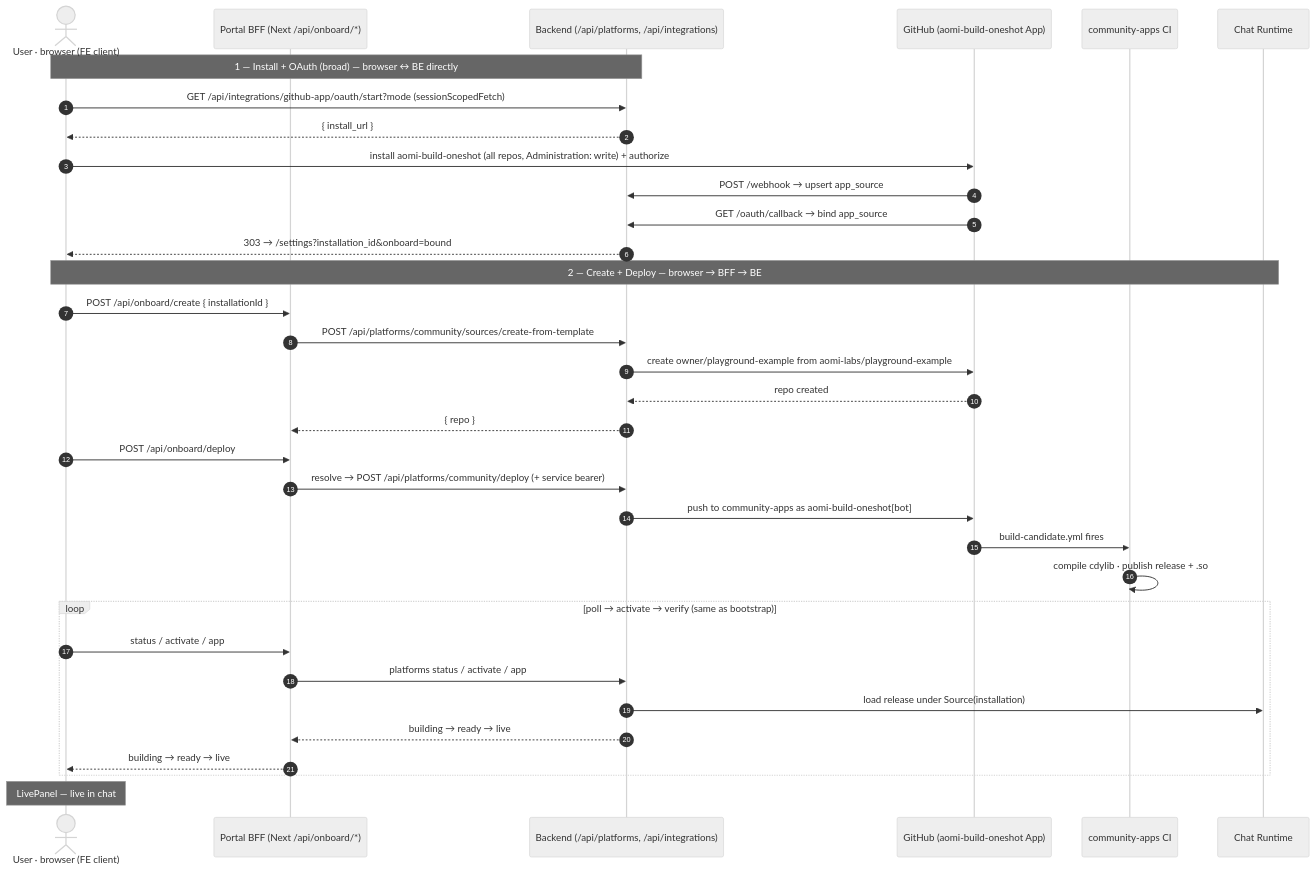
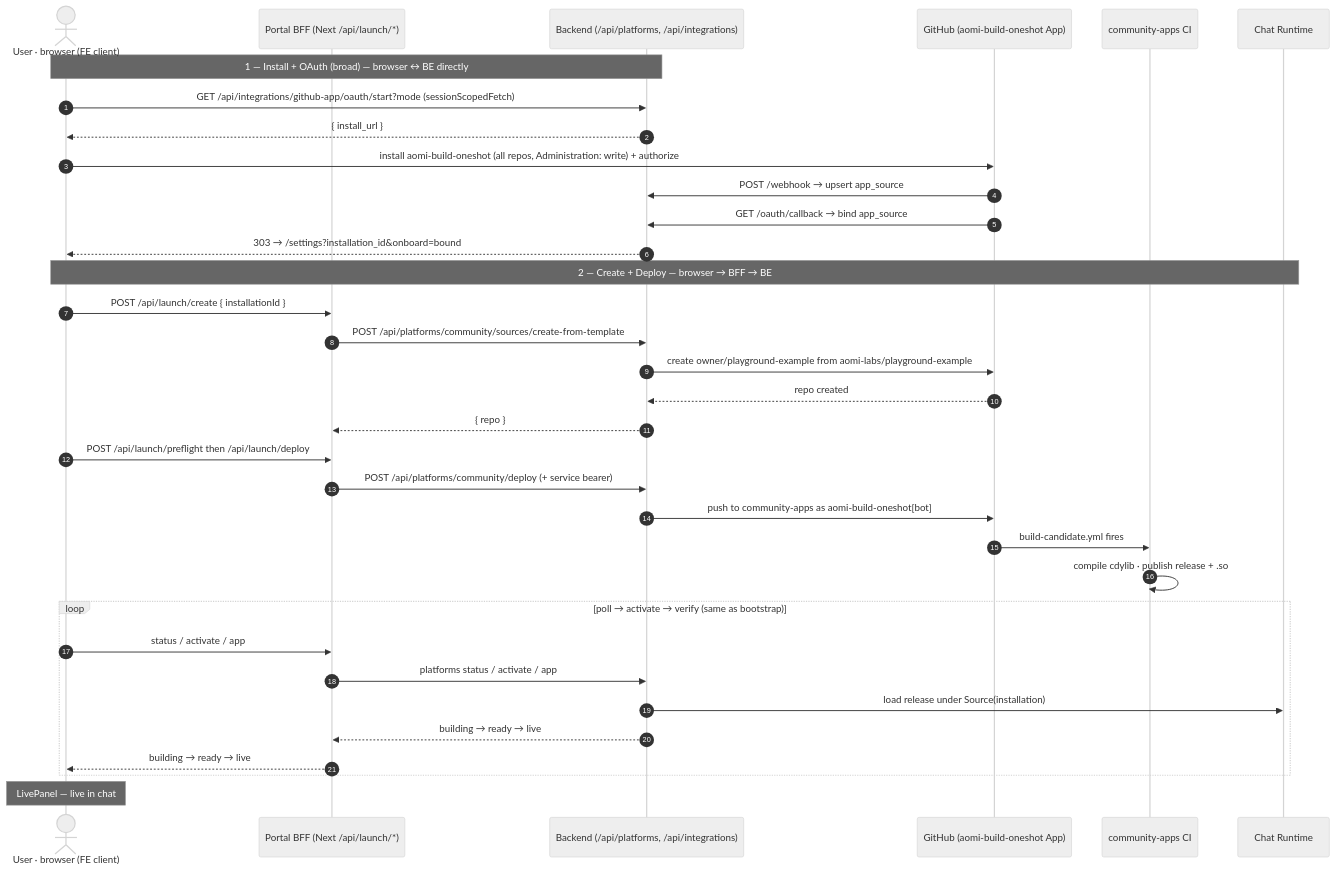
Before and after one commit to aomi-labs/aomi-widget: the third of 3 diagrams in docs/fe-deploy.md, drawn with Mermaid (neutral theme). The commit also changed other lines of this file and 8 other files, not shown here.

````diff
--- a/docs/fe-deploy.md
+++ b/docs/fe-deploy.md
@@ -154,38 +158,38 @@
 ```mermaid
 sequenceDiagram
     autonumber
     actor U as User · browser (FE client)
-    participant BFF as Portal BFF (Next /api/onboard/*)
+    participant BFF as Portal BFF (Next /api/launch/*)
     participant BE as Backend (/api/platforms, /api/integrations)
     participant GH as GitHub (aomi-build-oneshot App)
     participant CA as community-apps CI
     participant RT as Chat Runtime
 
     Note over U,BE: 1 — Install + OAuth (broad) — browser ↔ BE directly
     U->>BE: GET /api/integrations/github-app/oauth/start?mode (sessionScopedFetch)
     BE-->>U: { install_url }
     U->>GH: install aomi-build-oneshot (all repos, Administration: write) + authorize
     GH->>BE: POST /webhook → upsert app_source
     GH->>BE: GET /oauth/callback → bind app_source
     BE-->>U: 303 → /settings?installation_id&onboard=bound
 
     Note over U,RT: 2 — Create + Deploy — browser → BFF → BE
-    U->>BFF: POST /api/onboard/create { installationId }
+    U->>BFF: POST /api/launch/create { installationId }
     BFF->>BE: POST /api/platforms/community/sources/create-from-template
     BE->>GH: create owner/playground-example from aomi-labs/playground-example
     GH-->>BE: repo created
     BE-->>BFF: { repo }
-    U->>BFF: POST /api/onboard/deploy
-    BFF->>BE: resolve → POST /api/platforms/community/deploy (+ service bearer)
+    U->>BFF: POST /api/launch/preflight then /api/launch/deploy
+    BFF->>BE: POST /api/platforms/community/deploy (+ service bearer)
     BE->>GH: push to community-apps as aomi-build-oneshot[bot]
     GH->>CA: build-candidate.yml fires
     CA->>CA: compile cdylib · publish release + .so
     loop poll → activate → verify (same as bootstrap)
         U->>BFF: status / activate / app
         BFF->>BE: platforms status / activate / app
         BE->>RT: load release under Source(installation)
         BE-->>BFF: building → ready → live
         BFF-->>U: building → ready → live
     end
     Note over U: LivePanel — live in chat
 ```
````
